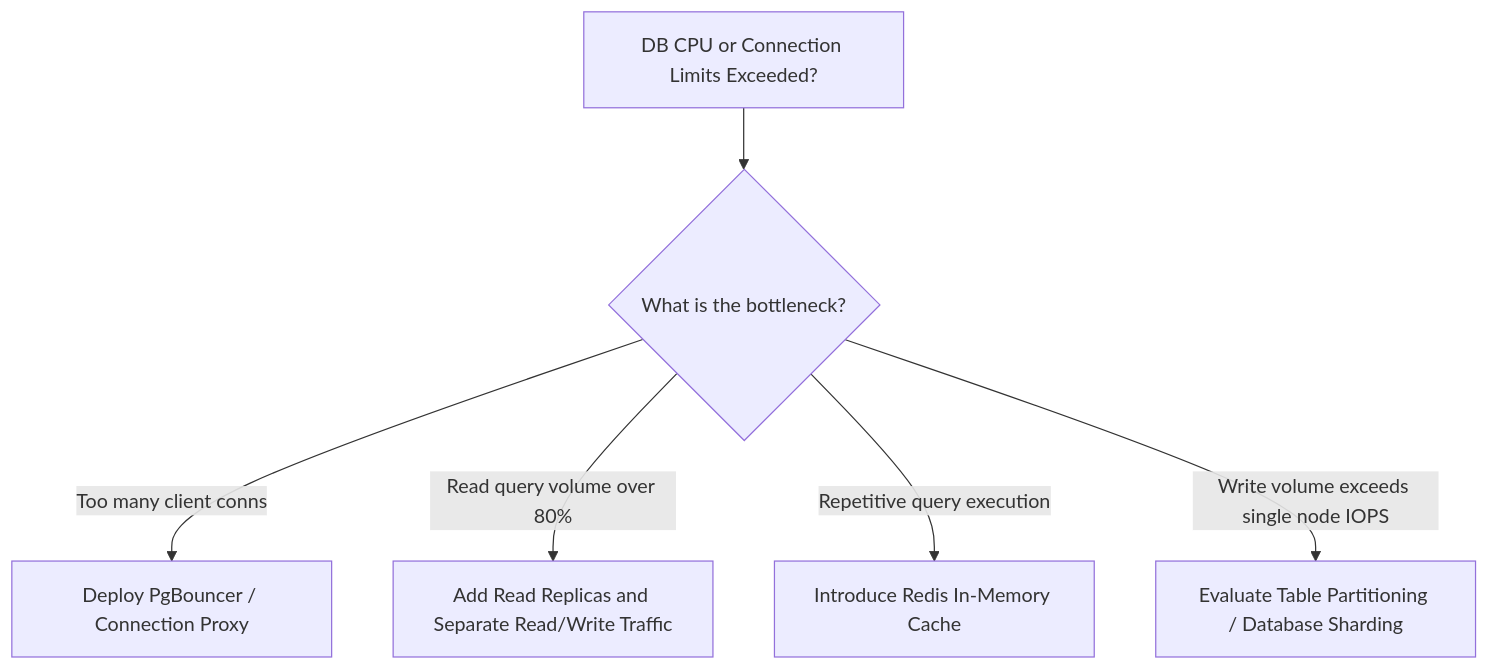
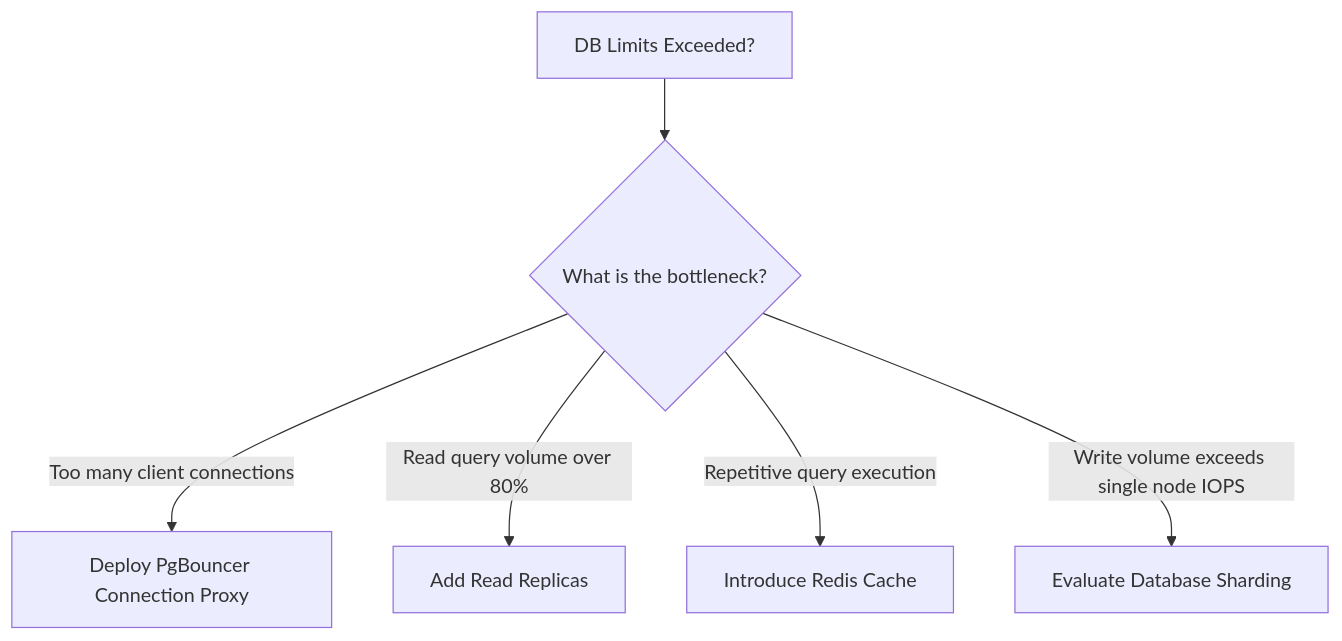
The fifth of 5 diagrams in days/phase-2-database-becomes-the-problem/day-06-app-scales-db-doesnt/README.md (userhimanshuverma/30_Days_of_Building_Systems_That_Scale), drawn with Mermaid before and after one commit. The commit also changed other lines of this file, not shown here.

Commit message:
fix(docs): remove HTML break tags from Mermaid node strings for clean SVG rendering

````diff
--- a/days/phase-2-database-becomes-the-problem/day-06-app-scales-db-doesnt/README.md
+++ b/days/phase-2-database-becomes-the-problem/day-06-app-scales-db-doesnt/README.md
@@ -360,8 +360,8 @@
 ```mermaid
 flowchart TD
-    A["DB CPU or Connection Limits Exceeded?"] --> B{"What is the bottleneck?"}
-    B -->|Too many client conns| C["Deploy PgBouncer / Connection Proxy"]
-    B -->|Read query volume over 80%| D["Add Read Replicas and Separate Read/Write Traffic"]
-    B -->|Repetitive query execution| E["Introduce Redis In-Memory Cache"]
-    B -->|Write volume exceeds single node IOPS| F["Evaluate Table Partitioning / Database Sharding"]
+    A["DB Limits Exceeded?"] --> B{"What is the bottleneck?"}
+    B -->|Too many client connections| C["Deploy PgBouncer Connection Proxy"]
+    B -->|Read query volume over 80%| D["Add Read Replicas"]
+    B -->|Repetitive query execution| E["Introduce Redis Cache"]
+    B -->|Write volume exceeds single node IOPS| F["Evaluate Database Sharding"]
 ```
````
